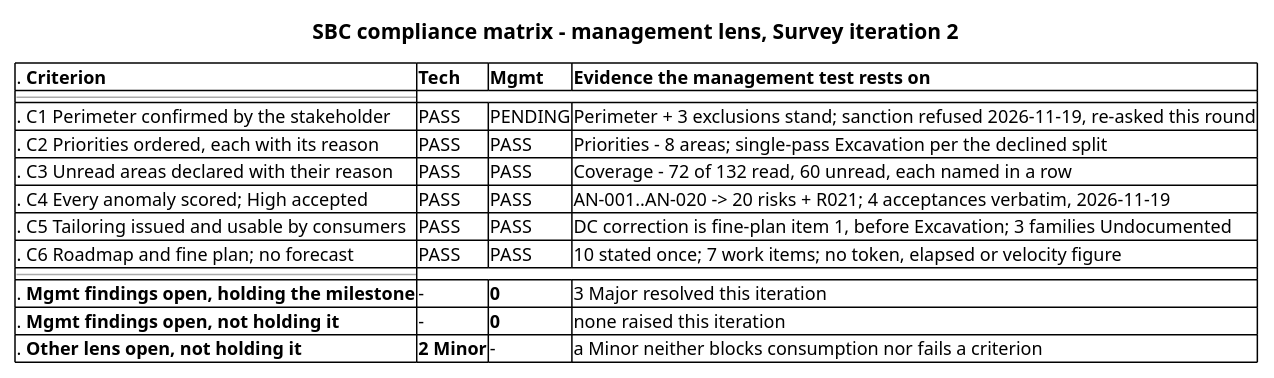
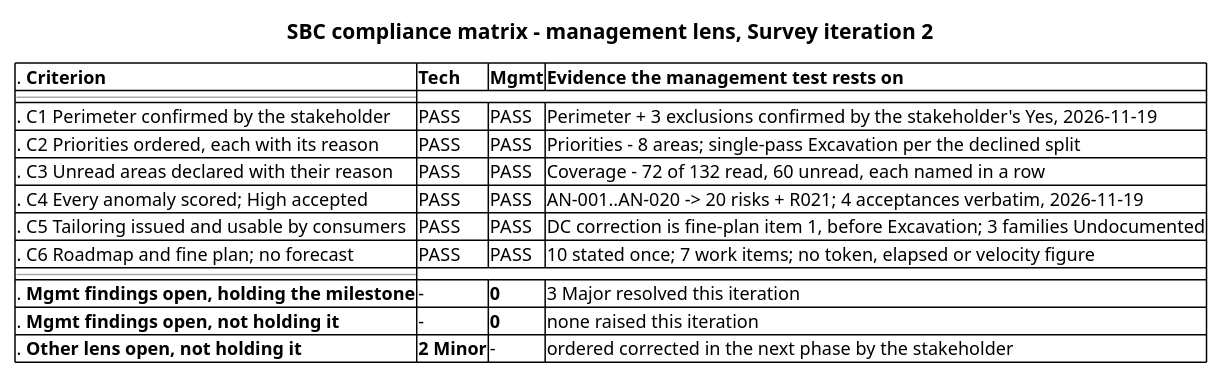
The second of 13 diagrams in docs/artifacts/project-management/review-record.md (banense-test/TodoApp), drawn with PlantUML before and after one commit. The commit also changed other lines of this file, not shown here.

Commit message:
Management Reviewer [Survey2]: upsert Review Record
[skip ci]

````diff
--- a/docs/artifacts/project-management/review-record.md
+++ b/docs/artifacts/project-management/review-record.md
@@ -124,21 +124,21 @@
 ```plantuml
 @startsalt
 title SBC compliance matrix - management lens, Survey iteration 2
 {
   {#
     . <b>Criterion</b> | <b>Tech</b> | <b>Mgmt</b> | <b>Evidence the management test rests on</b>
     --
-    . C1 Perimeter confirmed by the stakeholder | PASS | PENDING | Perimeter + 3 exclusions stand; sanction refused 2026-11-19, re-asked this round
+    . C1 Perimeter confirmed by the stakeholder | PASS | PASS | Perimeter + 3 exclusions confirmed by the stakeholder's Yes, 2026-11-19
     . C2 Priorities ordered, each with its reason | PASS | PASS | Priorities - 8 areas; single-pass Excavation per the declined split
     . C3 Unread areas declared with their reason | PASS | PASS | Coverage - 72 of 132 read, 60 unread, each named in a row
     . C4 Every anomaly scored; High accepted | PASS | PASS | AN-001..AN-020 -> 20 risks + R021; 4 acceptances verbatim, 2026-11-19
     . C5 Tailoring issued and usable by consumers | PASS | PASS | DC correction is fine-plan item 1, before Excavation; 3 families Undocumented
     . C6 Roadmap and fine plan; no forecast | PASS | PASS | 10 stated once; 7 work items; no token, elapsed or velocity figure
     --
     . <b>Mgmt findings open, holding the milestone</b> | - | <b>0</b> | 3 Major resolved this iteration
     . <b>Mgmt findings open, not holding it</b> | - | <b>0</b> | none raised this iteration
-    . <b>Other lens open, not holding it</b> | <b>2 Minor</b> | - | a Minor neither blocks consumption nor fails a criterion
+    . <b>Other lens open, not holding it</b> | <b>2 Minor</b> | - | ordered corrected in the next phase by the stakeholder
   }
 }
 @endsalt
 ```
````
